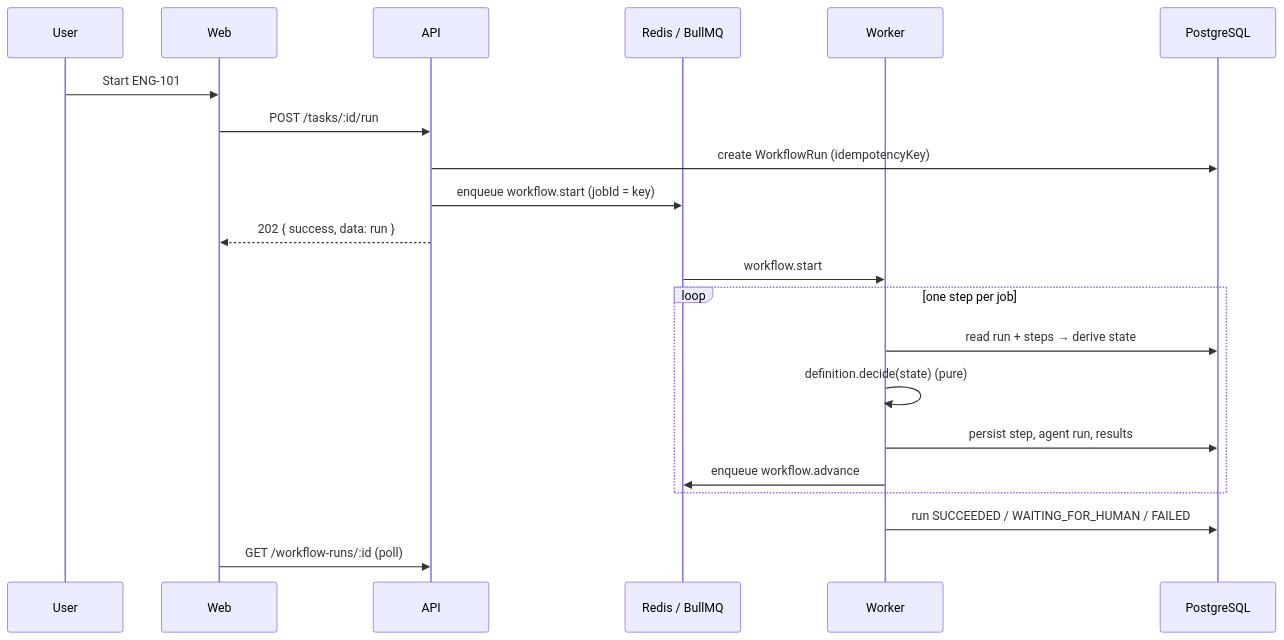
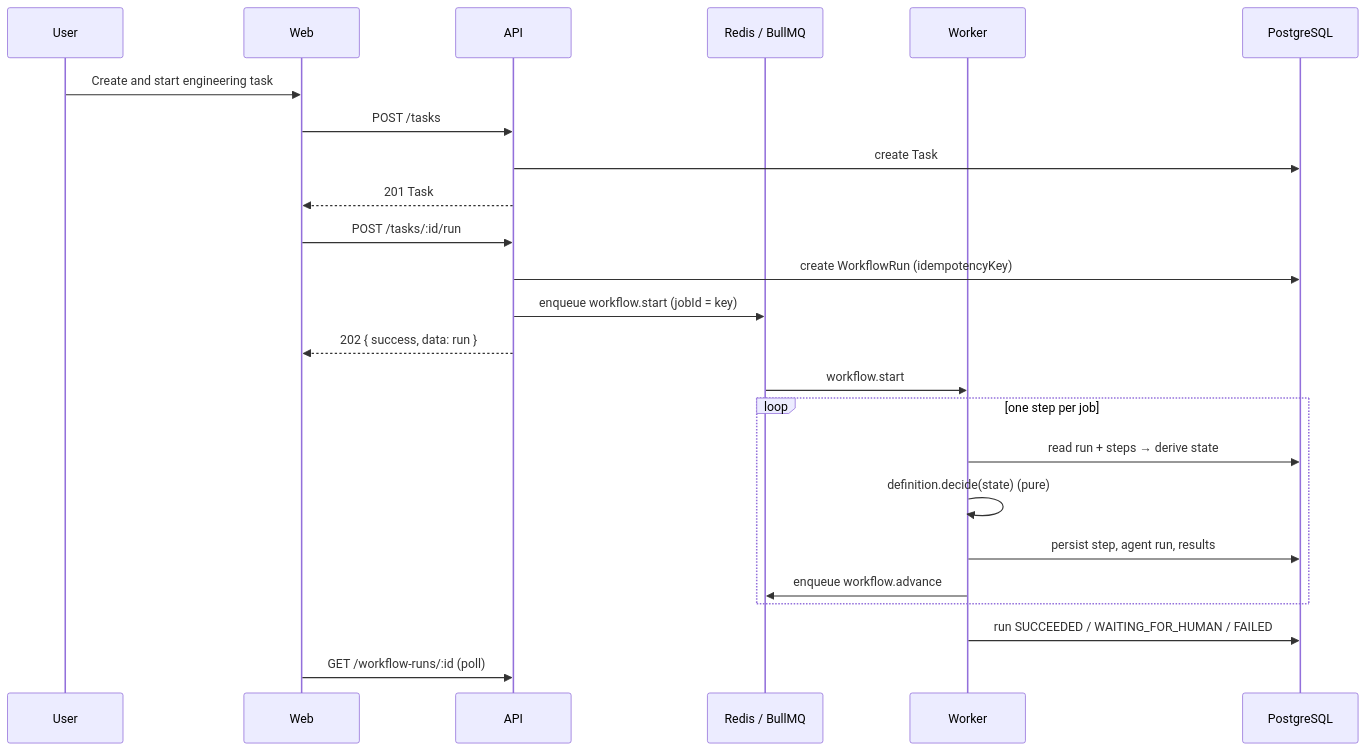
Before and after one commit to Hoeur/engineering-loop: the third of 4 diagrams in docs/architecture.md, drawn with Mermaid. The commit also changed other lines of this file and 7 other files, not shown here.

````diff
--- a/docs/architecture.md
+++ b/docs/architecture.md
@@ -78,24 +78,27 @@
 ```mermaid
 sequenceDiagram
   participant U as User
   participant W as Web
   participant A as API
   participant Q as Redis / BullMQ
   participant K as Worker
   participant DB as PostgreSQL
 
-  U->>W: Start ENG-101
+  U->>W: Create and start engineering task
+  W->>A: POST /tasks
+  A->>DB: create Task
+  A-->>W: 201 Task
   W->>A: POST /tasks/:id/run
   A->>DB: create WorkflowRun (idempotencyKey)
   A->>Q: enqueue workflow.start (jobId = key)
   A-->>W: 202 { success, data: run }
   Q->>K: workflow.start
   loop one step per job
     K->>DB: read run + steps → derive state
     K->>K: definition.decide(state)  (pure)
     K->>DB: persist step, agent run, results
     K->>Q: enqueue workflow.advance
   end
   K->>DB: run SUCCEEDED / WAITING_FOR_HUMAN / FAILED
   W->>A: GET /workflow-runs/:id (poll)
 ```
````
